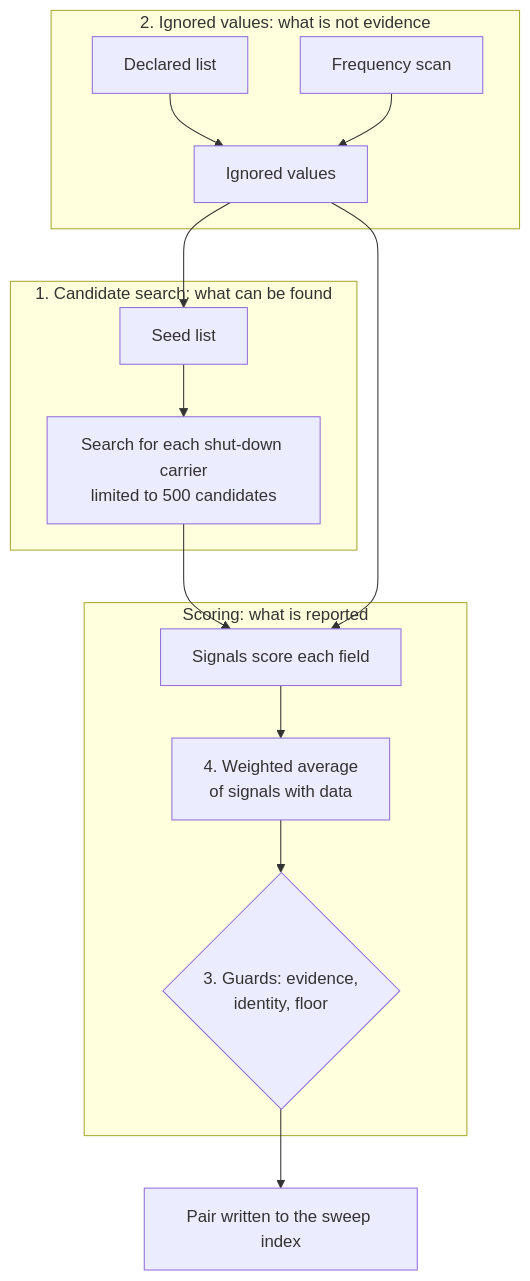
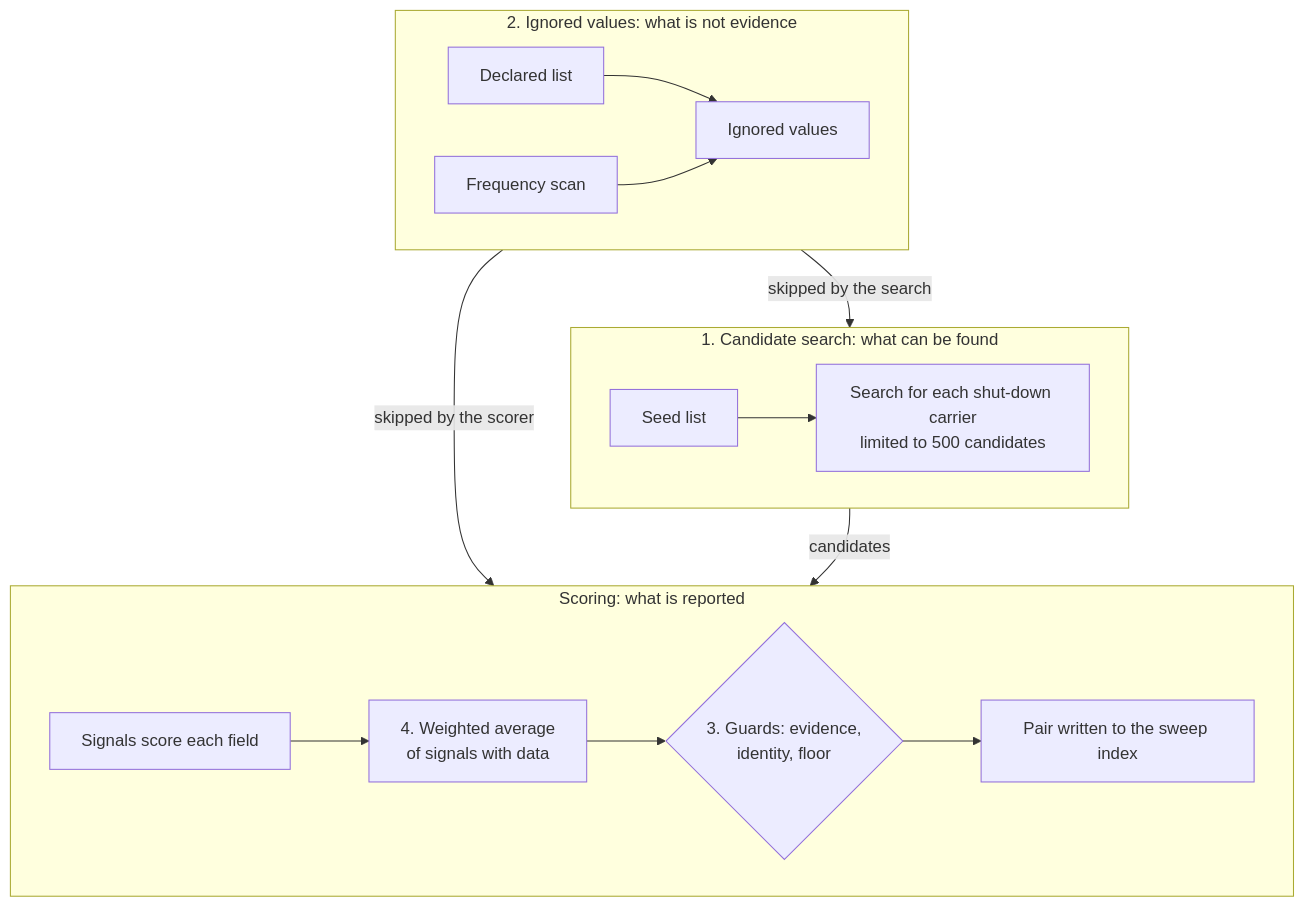
The diagram in docs/blog/2026-08-30-02-tuning-an-entity-matcher.md (freemansoft/entitopia), drawn with Mermaid before and after one commit. The commit also changed other lines of this file, not shown here.

First line of the commit message:
docs: redraw Article 2's diagram as stacked rows; apply copy edits

````diff
--- a/docs/blog/2026-08-30-02-tuning-an-entity-matcher.md
+++ b/docs/blog/2026-08-30-02-tuning-an-entity-matcher.md
@@ -75,18 +75,21 @@
 ```mermaid
 flowchart TB
-  subgraph R["1. Candidate search: what can be found"]
-    SL["Seed list"] --> CS["Search for each shut-down carrier<br/>limited to 500 candidates"]
-  end
   subgraph X["2. Ignored values: what is not evidence"]
+    direction LR
     DL["Declared list"] --> IV["Ignored values"]
     FS["Frequency scan"] --> IV
   end
+  subgraph R["1. Candidate search: what can be found"]
+    direction LR
+    SL["Seed list"] --> CS["Search for each shut-down carrier<br/>limited to 500 candidates"]
+  end
   subgraph C["Scoring: what is reported"]
+    direction LR
     SG["Signals score each field"] --> WA["4. Weighted average<br/>of signals with data"]
     WA --> GD{"3. Guards: evidence,<br/>identity, floor"}
+    GD --> PR["Pair written to the sweep index"]
   end
-  CS --> SG
-  IV --> SL
-  IV --> SG
-  GD --> PR["Pair written to the sweep index"]
+  X -- "skipped by the search" --> R
+  X -- "skipped by the scorer" --> C
+  R -- "candidates" --> C
 ```
````
